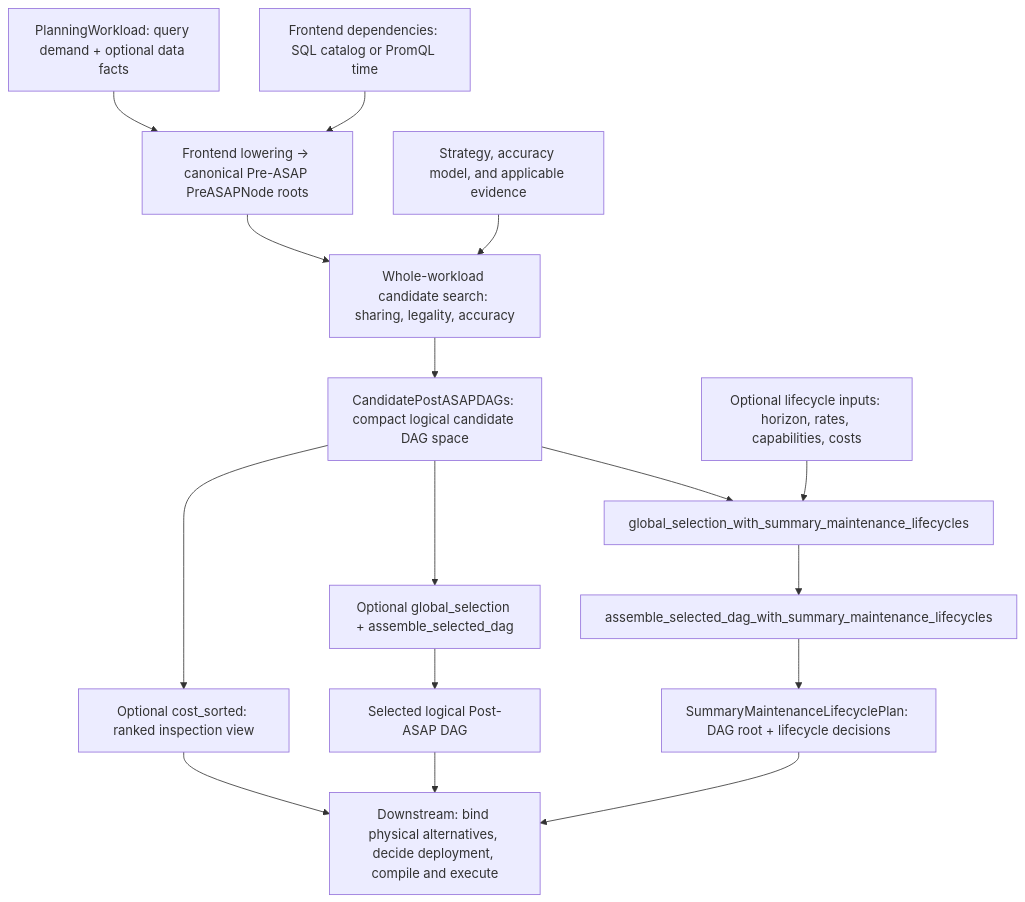
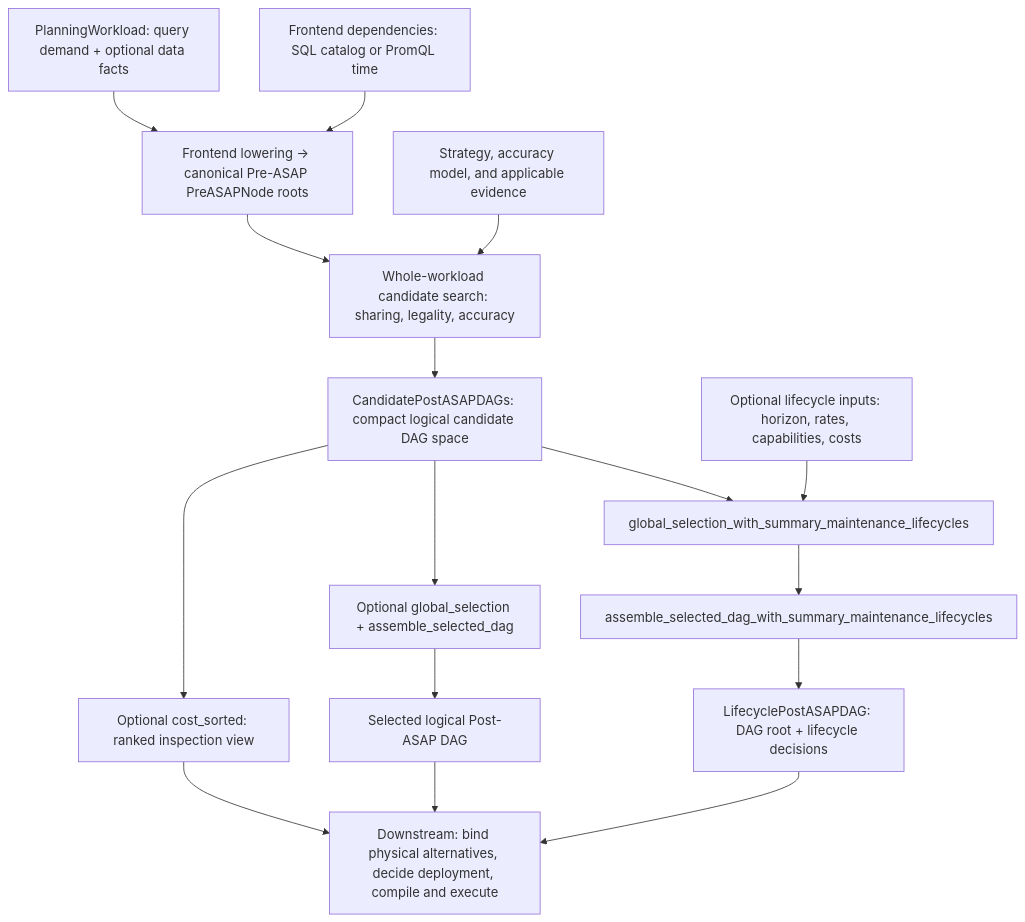
One commit to ProjectASAP/ASAPPlanner changed the diagram in docs/design_docs/architecture/README.md. Above: the diagram before and after it, drawn with Mermaid. The commit also changed other lines of this file and 20 other files, not shown here.

First line of the commit message:
refactor!: merge the lifecycle plan into LifecyclePostASAPDAG

````diff
--- a/docs/design_docs/architecture/README.md
+++ b/docs/design_docs/architecture/README.md
@@ -15,26 +15,26 @@
 ```mermaid
 flowchart TD
     W["PlanningWorkload: query demand + optional data facts"]
     F["Frontend dependencies: SQL catalog or PromQL time"]
     E["Strategy, accuracy model, and applicable evidence"]
     PRE["Frontend lowering → canonical Pre-ASAP PreASAPNode roots"]
     SEARCH["Whole-workload candidate search: sharing, legality, accuracy"]
     SPACE["CandidatePostASAPDAGs: compact logical candidate DAG space"]
     RANK["Optional cost_sorted: ranked inspection view"]
     SELECT["Optional global_selection + assemble_selected_dag"]
     DAG["Selected logical Post-ASAP DAG"]
     LINPUT["Optional lifecycle inputs: horizon, rates, capabilities, costs"]
     LIFE["global_selection_with_summary_maintenance_lifecycles"]
     LMAT["assemble_selected_dag_with_summary_maintenance_lifecycles"]
-    LPLAN["SummaryMaintenanceLifecyclePlan: DAG root + lifecycle decisions"]
+    LPLAN["LifecyclePostASAPDAG: DAG root + lifecycle decisions"]
     BACKEND["Downstream: bind physical alternatives, decide deployment, compile and execute"]
     W --> PRE
     F --> PRE
     PRE --> SEARCH
     E --> SEARCH
     SEARCH --> SPACE
     SPACE --> RANK --> BACKEND
     SPACE --> SELECT --> DAG --> BACKEND
     SPACE --> LIFE
     LINPUT --> LIFE --> LMAT --> LPLAN --> BACKEND
 ```
````
